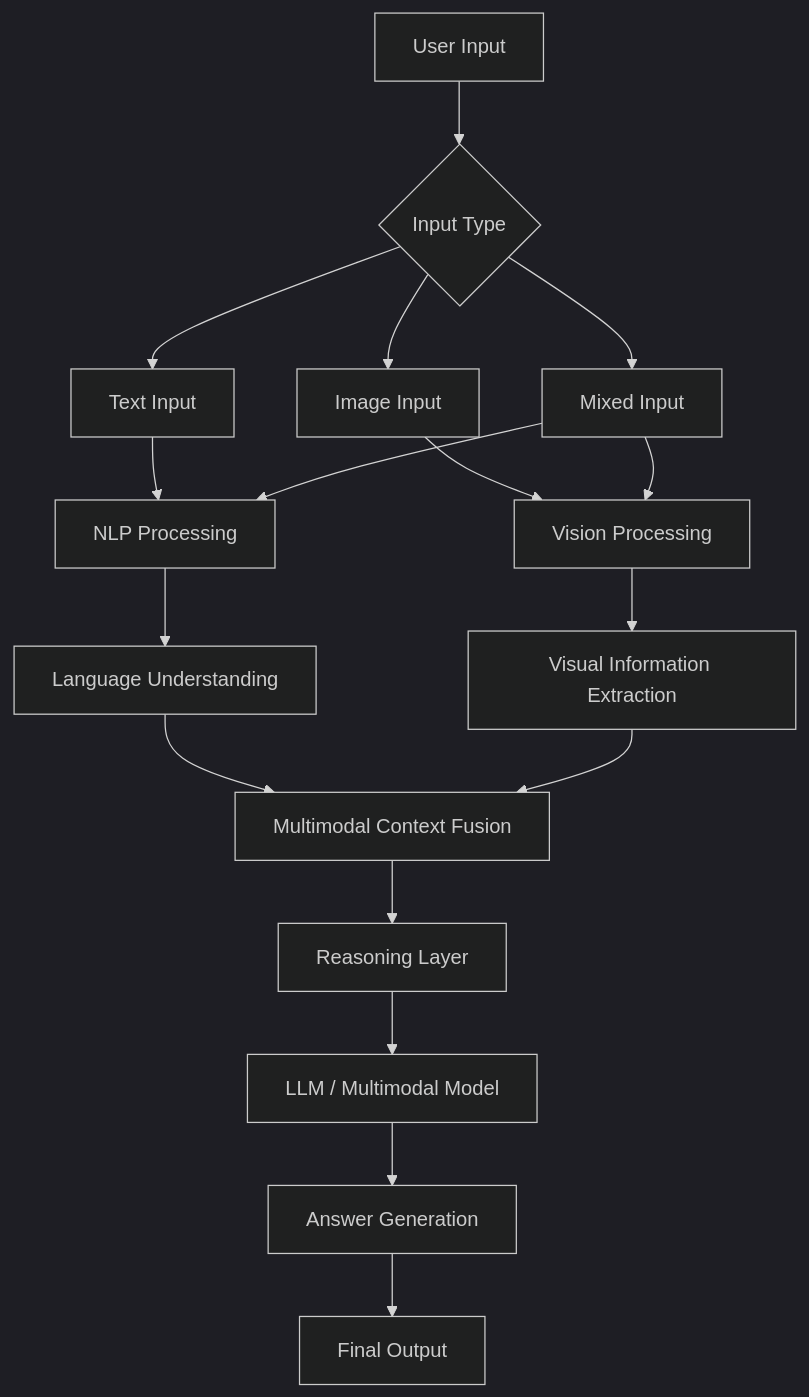
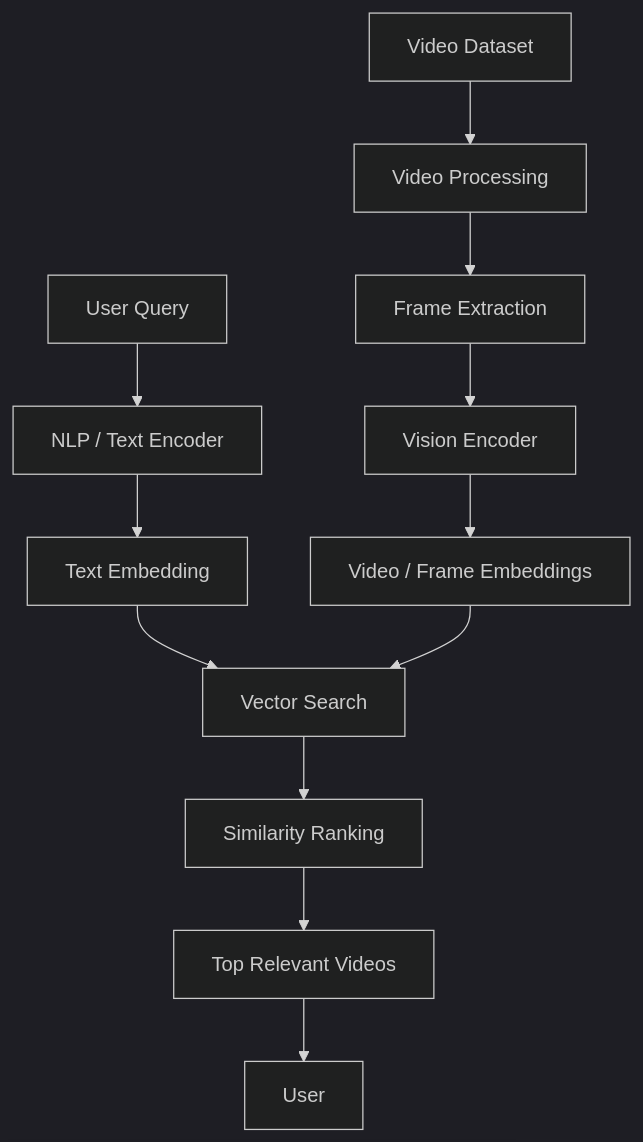
One commit to HoaiPhuoc-03/HoaiPhuoc-03 changed the first of 4 diagrams in README.md. Above: the diagram before and after it, drawn with Mermaid (dark theme). The commit also changed other lines of this file, not shown here.

````diff
--- a/README.md
+++ b/README.md
@@ -288,31 +290,24 @@
 ```mermaid
 flowchart TD
 
-A[User Input] --> B{Input Type}
+A[User Query] --> B[NLP / Text Encoder]
 
-B --> C[Text Input]
-B --> D[Image Input]
-B --> E[Mixed Input]
+C[Video Dataset] --> D[Video Processing]
 
-C --> F[NLP Processing]
+D --> E[Frame Extraction]
 
-D --> G[Vision Processing]
+E --> F[Vision Encoder]
 
-E --> F
-E --> G
+B --> G[Text Embedding]
 
-F --> H[Language Understanding]
+F --> H[Video / Frame Embeddings]
 
-G --> I[Visual Information Extraction]
+G --> I[Vector Search]
+H --> I
 
-H --> J[Multimodal Context Fusion]
-I --> J
+I --> J[Similarity Ranking]
 
-J --> K[Reasoning Layer]
+J --> K[Top Relevant Videos]
 
-K --> L[LLM / Multimodal Model]
-
-L --> M[Answer Generation]
-
-M --> N[Final Output]
+K --> L[User]
 ```
````
